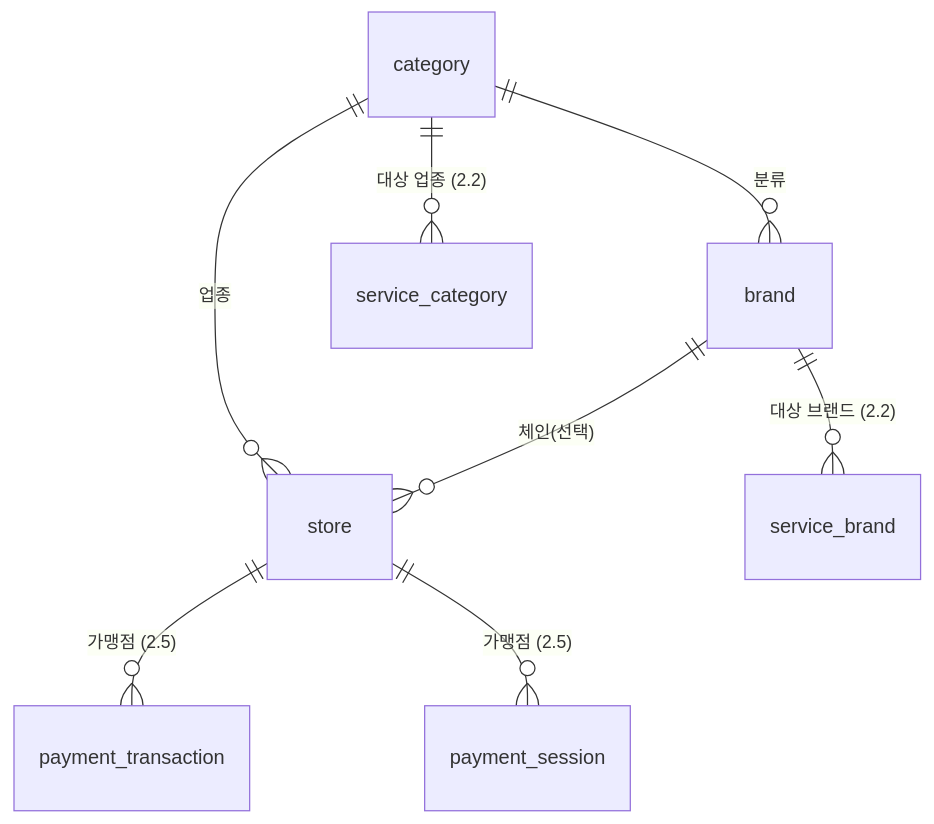
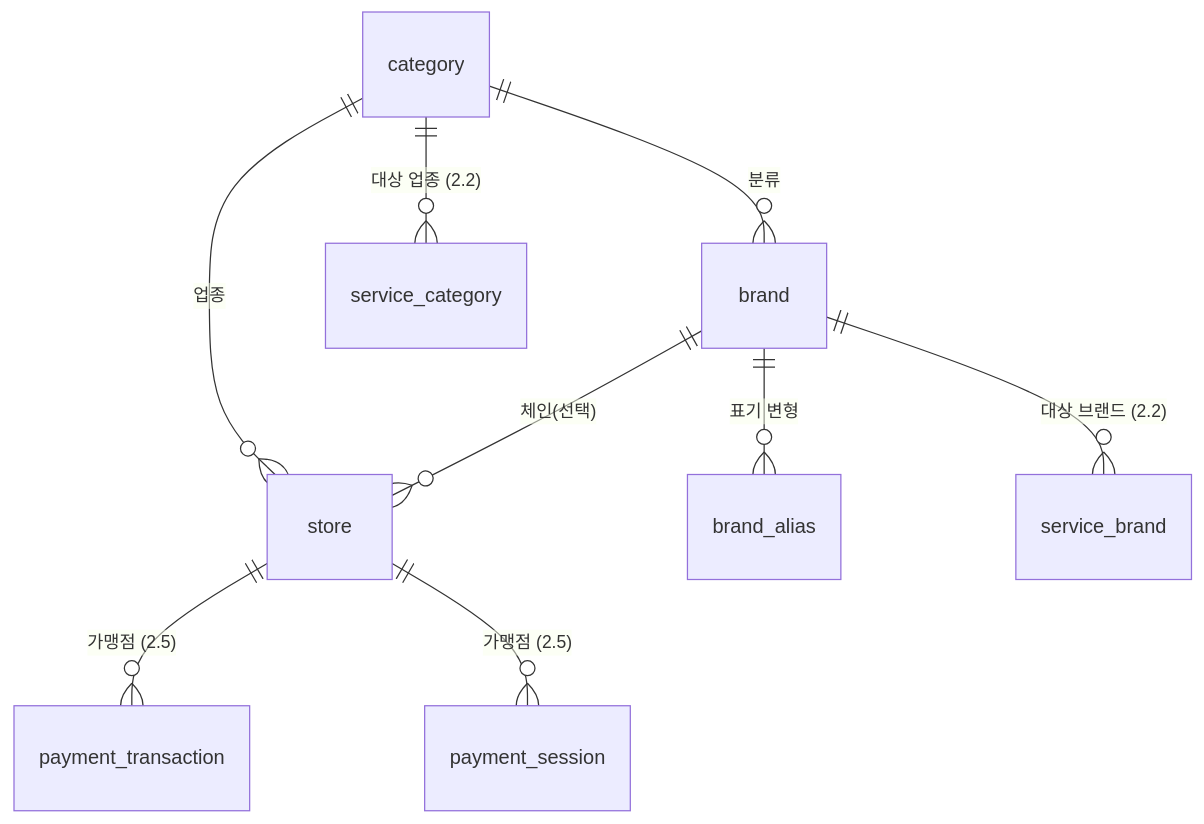
The third of 5 diagrams in docs/erd.md (heartbeat-kb-town/fitwallet-backend), drawn with Mermaid before and after one commit. The commit also changed other lines of this file and 6 other files, not shown here.

First line of the commit message:
feat: 지원 카드사 확정 및 brand_alias 기준정보 스키마·시드 추가

````diff
--- a/docs/erd.md
+++ b/docs/erd.md
@@ -269,10 +285,11 @@
 ```mermaid
 erDiagram
     category ||--o{ brand               : "분류"
     category ||--o{ store               : "업종"
+    brand    ||--o{ brand_alias         : "표기 변형"
     brand    ||--o{ store               : "체인(선택)"
     category ||--o{ service_category    : "대상 업종 (2.2)"
     brand    ||--o{ service_brand       : "대상 브랜드 (2.2)"
     store    ||--o{ payment_transaction : "가맹점 (2.5)"
     store    ||--o{ payment_session     : "가맹점 (2.5)"
 ```
````
